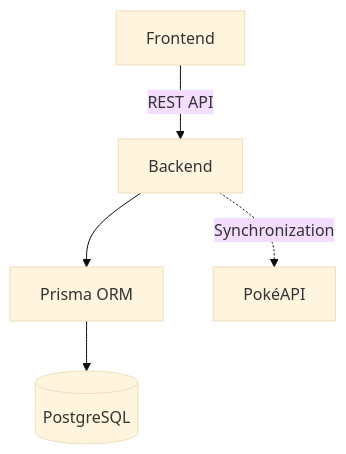
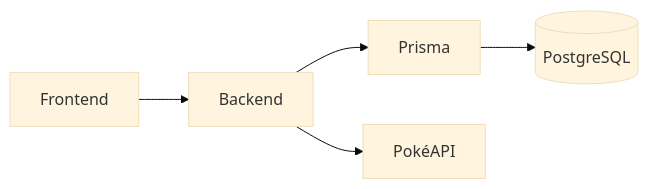
The first of 2 diagrams in docs/database.md (AlissonAlves-Dev/pokedex-manager), drawn with Mermaid (base theme) before and after one commit. The commit also changed other lines of this file and 11 other files, not shown here.

````diff
--- a/docs/database.md
+++ b/docs/database.md
@@ -208,21 +46,13 @@
 ```mermaid
-flowchart TD
+flowchart LR
+    F[Frontend]
+    B[Backend]
+    P[Prisma]
+    DB[(PostgreSQL)]
+    API[PokéAPI]
 
-    A[Frontend]
-
-    B[Backend]
-
-    C[Prisma ORM]
-
-    D[(PostgreSQL)]
-
-    E[PokéAPI]
-
-    A -->|REST API| B
-
-    B --> C
-
-    C --> D
-
-    B -. Synchronization .-> E
+    F --> B
+    B --> P
+    P --> DB
+    B --> API
 ```
````
